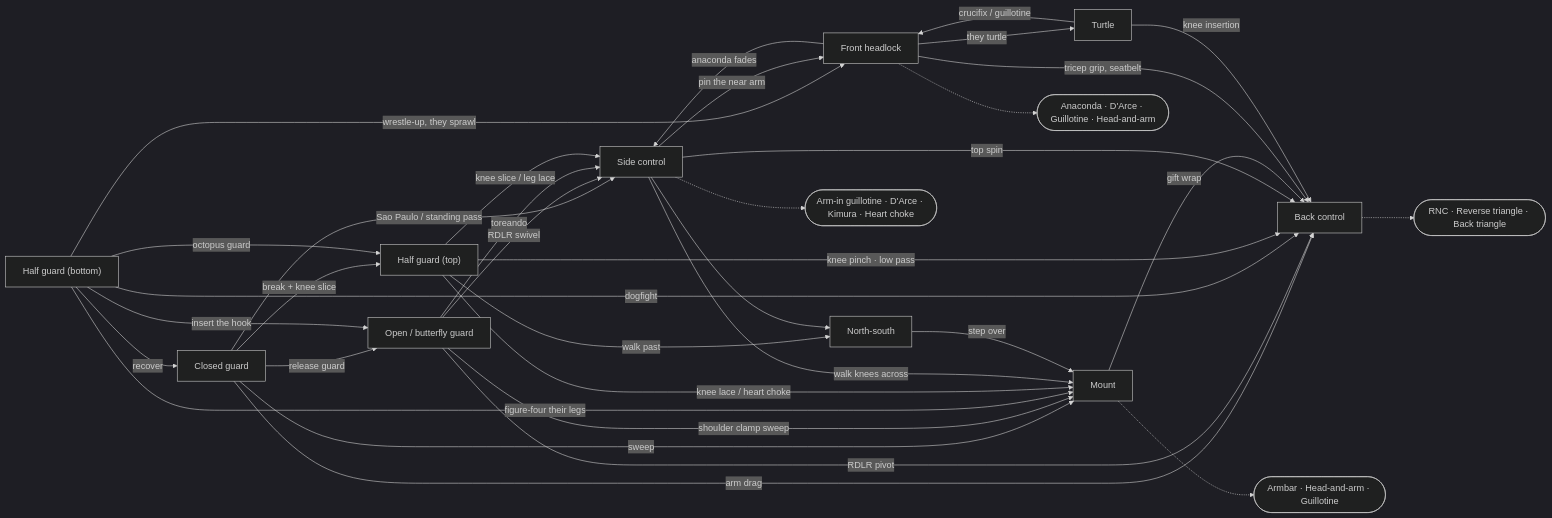
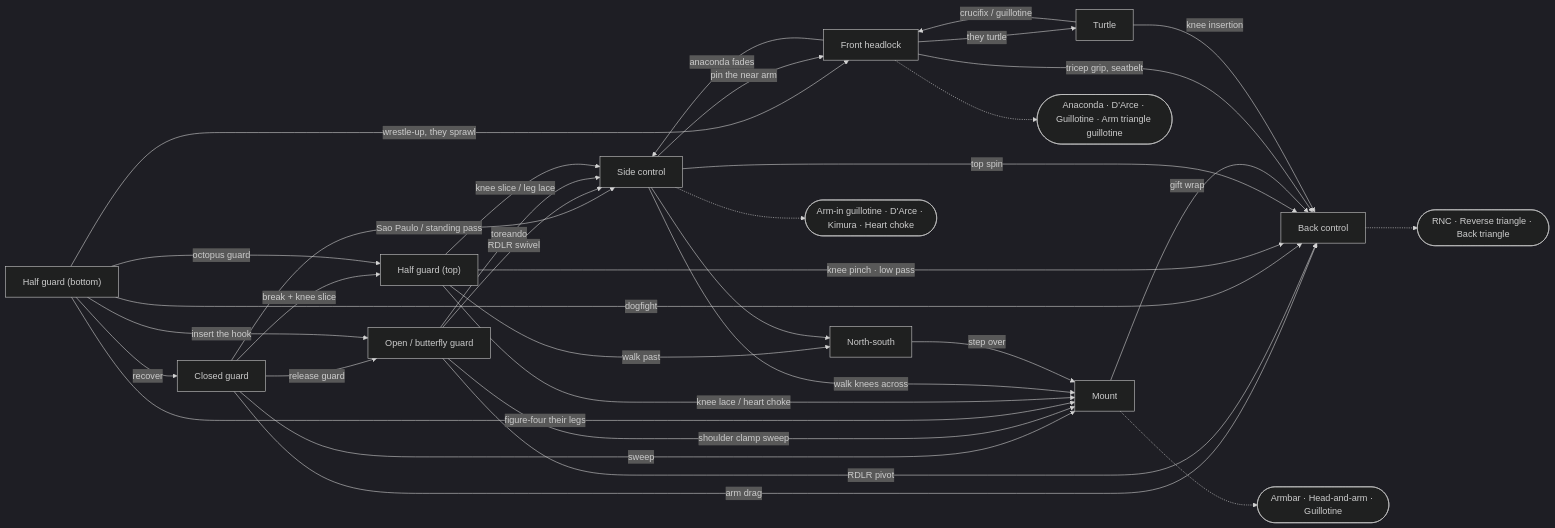
The diagram in position-map.md (ctrl-malacan/bjj-commons), drawn with Mermaid (dark theme) before and after one commit. The commit also changed other lines of this file and 3 other files, not shown here.

First line of the commit message:
fix: the head-and-arm choke from the front headlock is the arm triangle guillotine

````diff
--- a/position-map.md
+++ b/position-map.md
@@ -9,52 +9,52 @@
 ```mermaid
 flowchart LR
     CG["Closed guard"]
     OG["Open / butterfly guard"]
     HGB["Half guard (bottom)"]
     HGT["Half guard (top)"]
     SC["Side control"]
     NS["North-south"]
     M["Mount"]
     BC["Back control"]
     FH["Front headlock"]
     T["Turtle"]
-    SUB_FH(["Anaconda · D'Arce · Guillotine · Head-and-arm"])
+    SUB_FH(["Anaconda · D'Arce · Guillotine · Arm triangle guillotine"])
     SUB_BC(["RNC · Reverse triangle · Back triangle"])
     SUB_M(["Armbar · Head-and-arm · Guillotine"])
     SUB_SC(["Arm-in guillotine · D'Arce · Kimura · Heart choke"])
 
     CG -->|"sweep"| M
     CG -->|"arm drag"| BC
     CG -->|"release guard"| OG
     CG -->|"break + knee slice"| HGT
     CG -->|"Sao Paulo / standing pass"| SC
     OG -->|"shoulder clamp sweep"| M
     OG -->|"RDLR swivel"| SC
     OG -->|"RDLR pivot"| BC
     OG -->|"toreando"| SC
     HGB -->|"wrestle-up, they sprawl"| FH
     HGB -->|"dogfight"| BC
     HGB -->|"recover"| CG
     HGB -->|"octopus guard"| HGT
     HGB -->|"figure-four their legs"| M
     HGB -->|"insert the hook"| OG
     HGT -->|"knee slice / leg lace"| SC
     HGT -->|"knee lace / heart choke"| M
     HGT -->|"walk past"| NS
     HGT -->|"knee pinch · low pass"| BC
     SC -->|"walk knees across"| M
     SC -->|"top spin"| BC
     SC -->|"pin the near arm"| FH
     SC --> NS
     SC -.-> SUB_SC
     NS -->|"step over"| M
     M -->|"gift wrap"| BC
     M -.-> SUB_M
     FH -->|"they turtle"| T
     FH -->|"tricep grip, seatbelt"| BC
     FH -->|"anaconda fades"| SC
     FH -.-> SUB_FH
     T -->|"knee insertion"| BC
     T -->|"crucifix / guillotine"| FH
     BC -.-> SUB_BC
 ```
````
